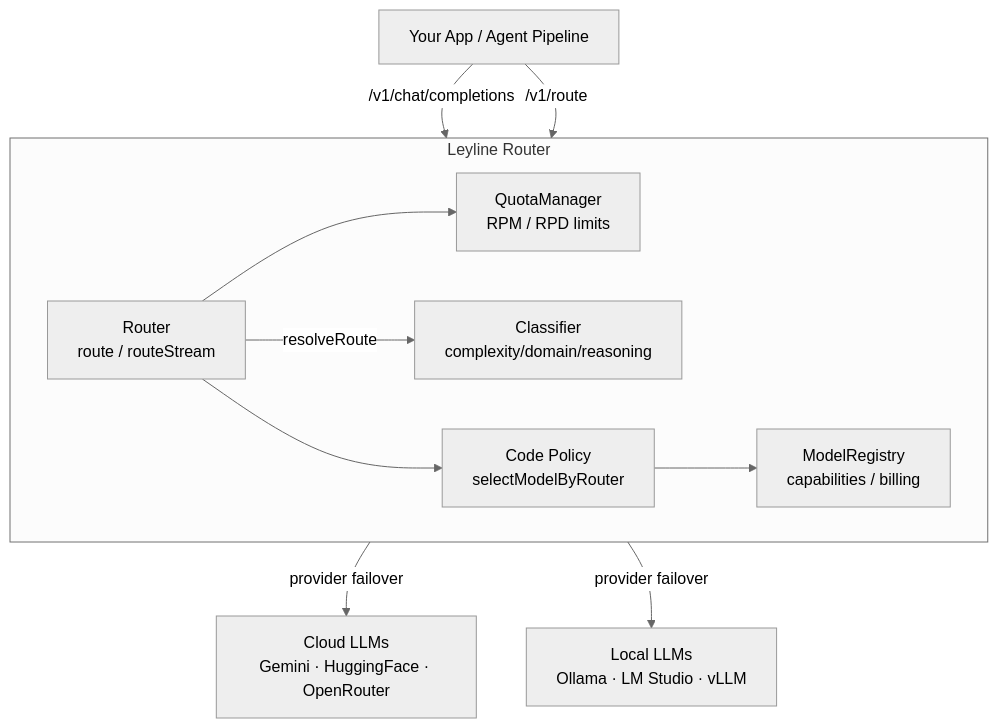
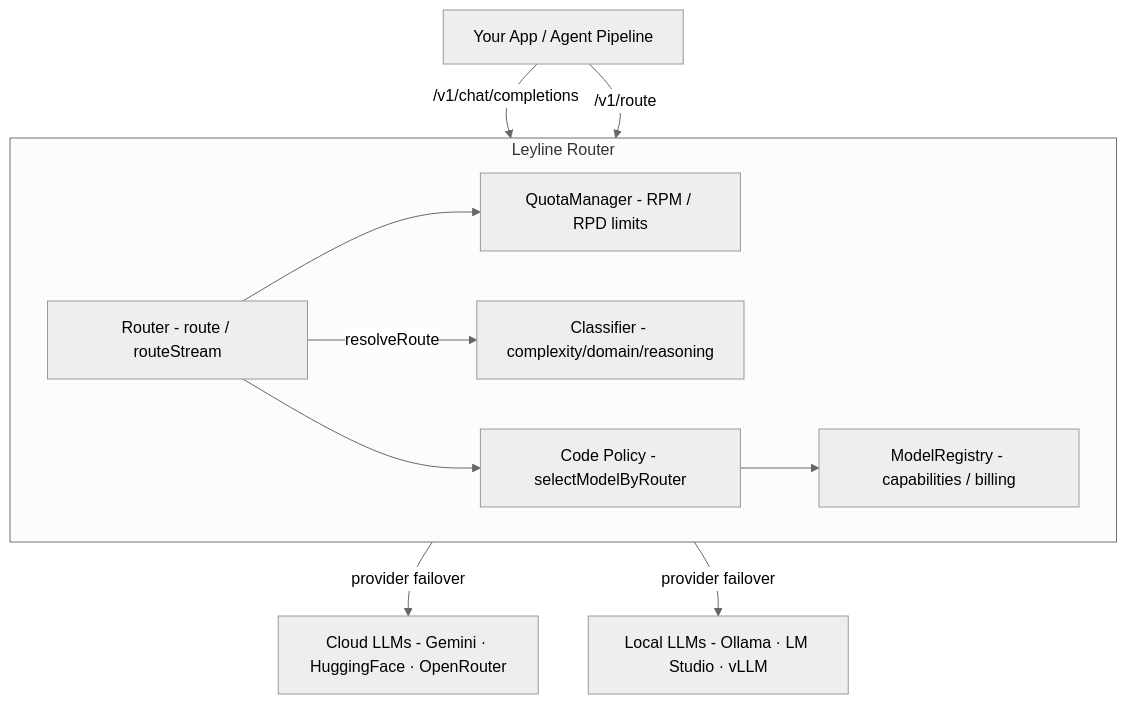
One commit to theaiinc/leyline changed the first of 4 diagrams in README.md. Above: the diagram before and after it, drawn with Mermaid (neutral theme). The commit also changed other lines of this file and 1 other file, not shown here.

First line of the commit message:
fix: Remove HTML tags from Mermaid diagrams to fix GitHub rendering

````diff
--- a/README.md
+++ b/README.md
@@ -9,26 +9,26 @@
 ```mermaid
 graph TB
-    Client[Your App / Agent Pipeline]
-    Leyline[Leyline Router]
-    Cloud[Cloud LLMs<br/>Gemini · HuggingFace · OpenRouter]
-    Local[Local LLMs<br/>Ollama · LM Studio · vLLM]
+    Client["Your App / Agent Pipeline"]
+    Leyline["Leyline Router"]
+    Cloud["Cloud LLMs - Gemini · HuggingFace · OpenRouter"]
+    Local["Local LLMs - Ollama · LM Studio · vLLM"]
 
     Client -->|/v1/chat/completions| Leyline
     Client -->|/v1/route| Leyline
 
     Leyline -->|provider failover| Cloud
     Leyline -->|provider failover| Local
 
-    subgraph Leyline[Leyline Router]
-        Router[Router<br/>route / routeStream]
-        Classifier[Classifier<br/>complexity/domain/reasoning]
-        Registry[ModelRegistry<br/>capabilities / billing]
-        Policy[Code Policy<br/>selectModelByRouter]
-        QM[QuotaManager<br/>RPM / RPD limits]
+    subgraph Leyline["Leyline Router"]
+        Router["Router - route / routeStream"]
+        Classifier["Classifier - complexity/domain/reasoning"]
+        Registry["ModelRegistry - capabilities / billing"]
+        Policy["Code Policy - selectModelByRouter"]
+        QM["QuotaManager - RPM / RPD limits"]
     end
 
     Router --> QM
     Router -->|resolveRoute| Classifier
     Router --> Policy
     Policy --> Registry
 ```
````
